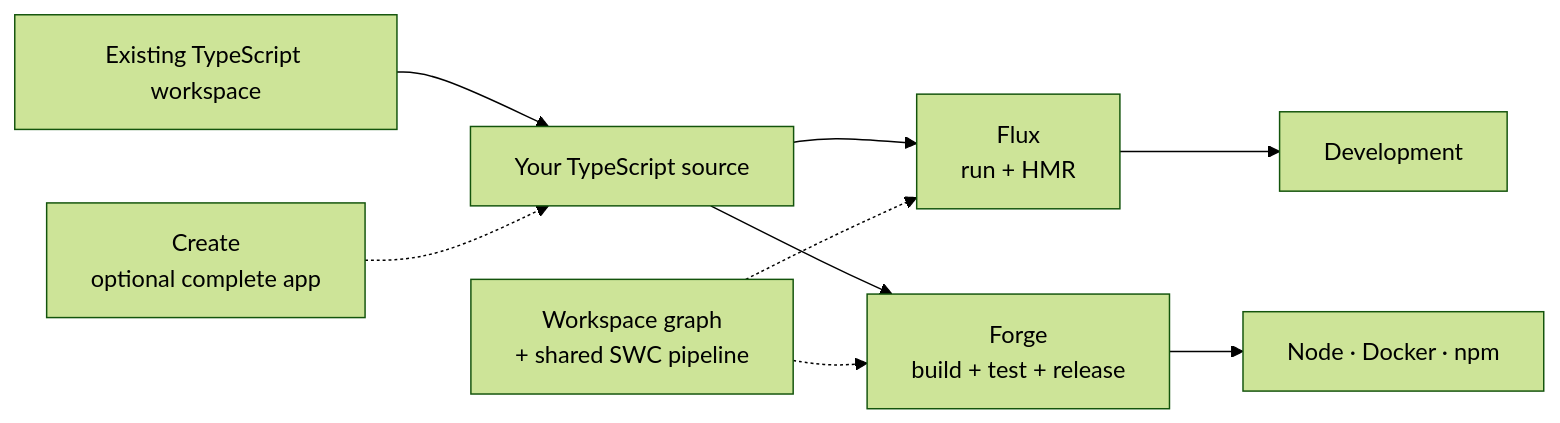
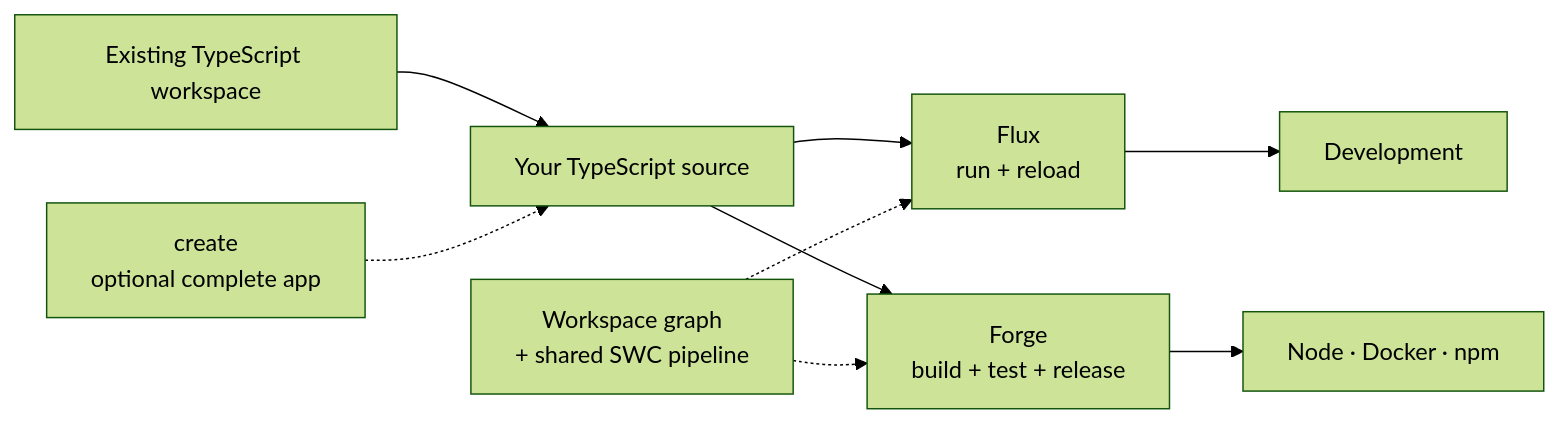
Before and after one commit to typesmiths/decohere: the diagram in docs/getting-started.md, drawn with Mermaid (forest theme). The commit also changed other lines of this file and 36 other files, not shown here.

````diff
--- a/docs/getting-started.md
+++ b/docs/getting-started.md
@@ -33,15 +31,15 @@
 ```mermaid
 flowchart LR
   existing["Existing TypeScript workspace"] --> source["Your TypeScript source"]
-  create["Create<br/>optional complete app"] -.-> source
+  create["create<br/>optional complete app"] -.-> source
 
-  source --> flux["Flux<br/>run + HMR"]
+  source --> flux["Flux<br/>run + reload"]
   flux --> dev["Development"]
 
   source --> forge["Forge<br/>build + test + release"]
   forge --> ship["Node · Docker · npm"]
 
   shared["Workspace graph<br/>+ shared SWC pipeline"]
   shared -.-> flux
   shared -.-> forge
 ```
````
